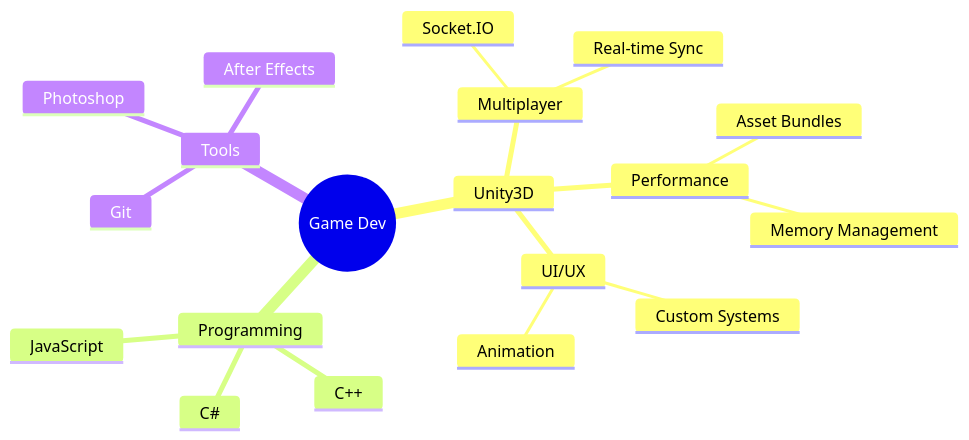
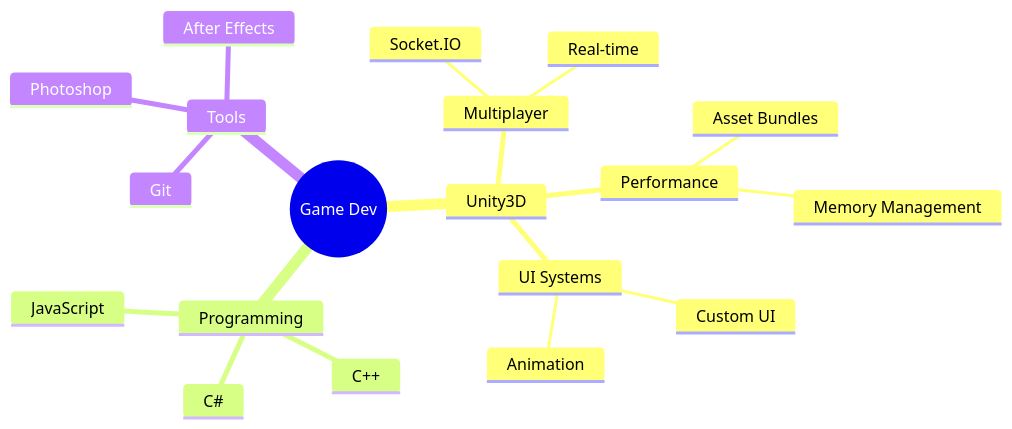
One commit to mppavan05/mppavan05 changed the diagram in README.md. Above: the diagram before and after it, drawn with Mermaid. The commit also changed other lines of this file, not shown here.

````diff
--- a/README.md
+++ b/README.md
@@ -53,22 +44,22 @@
 ```mermaid
 mindmap
   root((Game Dev))
     Unity3D
       Multiplayer
         Socket.IO
-        Real-time Sync
+        Real-time
       Performance
         Asset Bundles
         Memory Management
-      UI/UX
-        Custom Systems
+      UI Systems
+        Custom UI
         Animation
     Programming
       C#
       C++
       JavaScript
     Tools
       Git
       Photoshop
       After Effects
 ```
````
